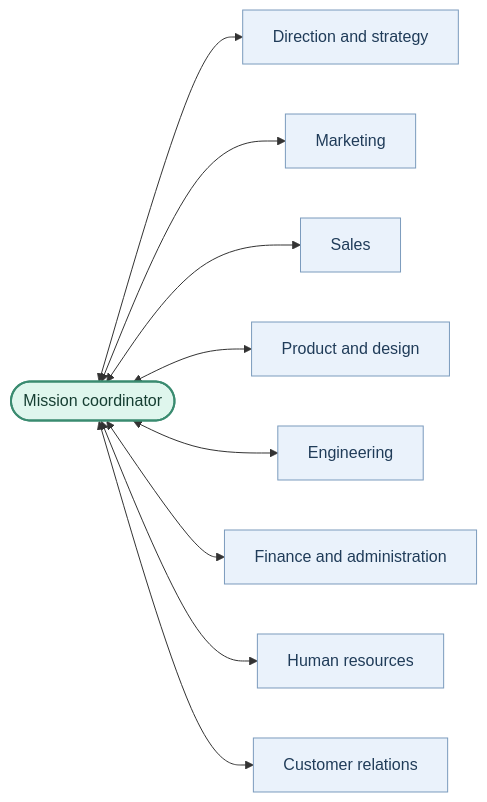
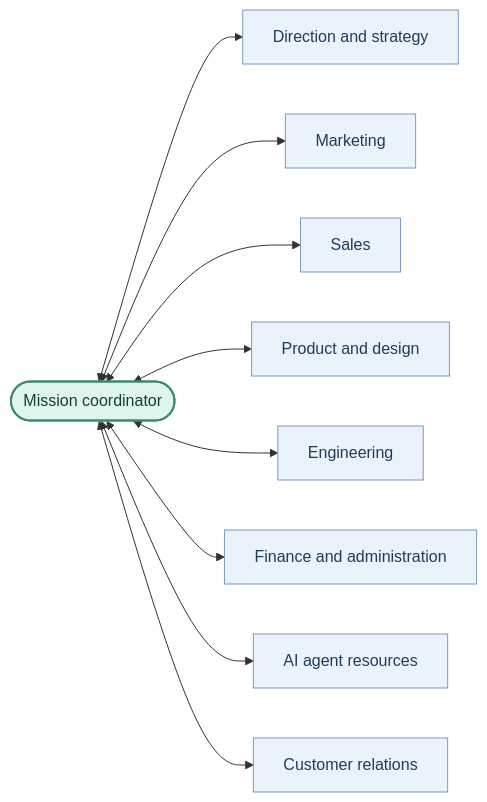
Before and after one commit to AjinthAT/orka-skill: the second of 3 diagrams in README.md, drawn with Mermaid. The commit also changed other lines of this file and 17 other files, not shown here.

````diff
--- a/README.md
+++ b/README.md
@@ -86,17 +86,17 @@
 ```mermaid
 flowchart LR
     Coordinator(["Mission coordinator"]):::lead
     Coordinator <--> Strategy["Direction and strategy"]:::team
     Coordinator <--> Marketing["Marketing"]:::team
     Coordinator <--> Sales["Sales"]:::team
     Coordinator <--> Product["Product and design"]:::team
     Coordinator <--> Engineering["Engineering"]:::team
     Coordinator <--> Finance["Finance and administration"]:::team
-    Coordinator <--> HR["Human resources"]:::team
+    Coordinator <--> HR["AI agent resources"]:::team
     Coordinator <--> Customers["Customer relations"]:::team
 
     classDef lead fill:#dff6ed,stroke:#3a8b70,color:#163e32,stroke-width:2px;
     classDef team fill:#eaf2fb,stroke:#7b9bbd,color:#203c59;
     classDef review fill:#fff3dc,stroke:#c49a4a,color:#644b1d;
     classDef output fill:#eef0f6,stroke:#939bb2,color:#343d55;
 ```
````
